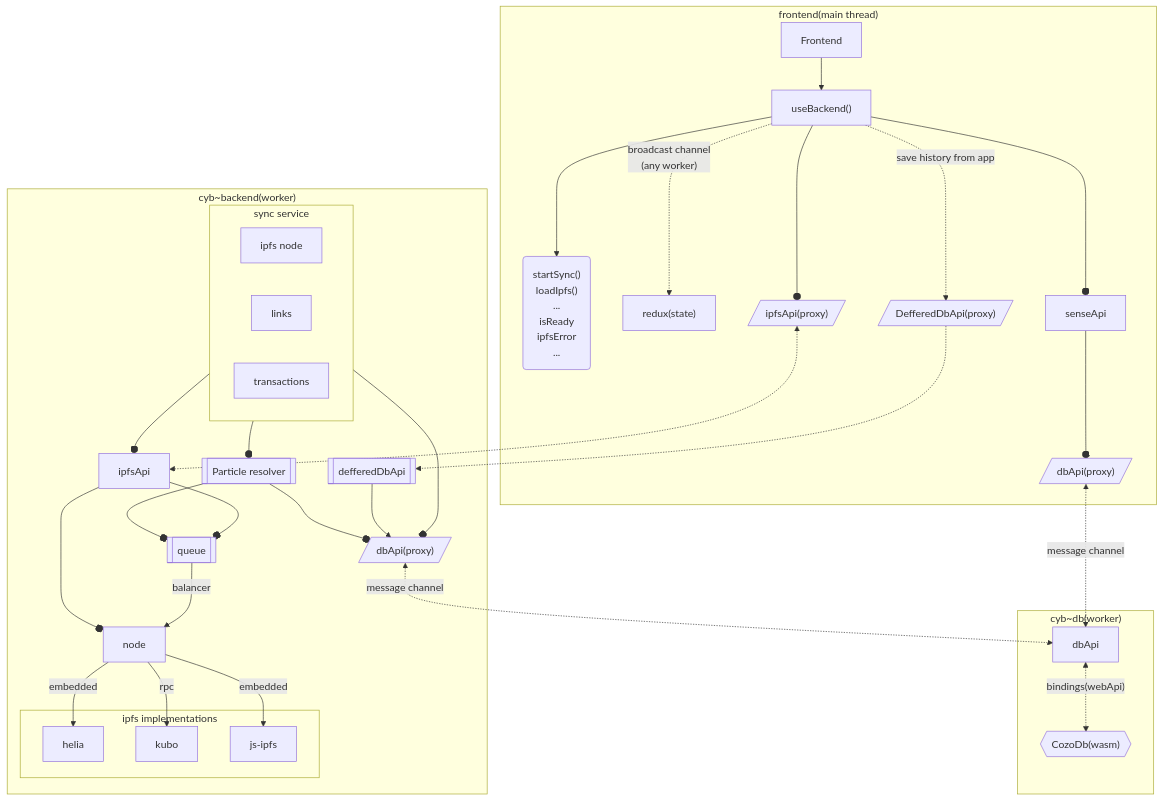
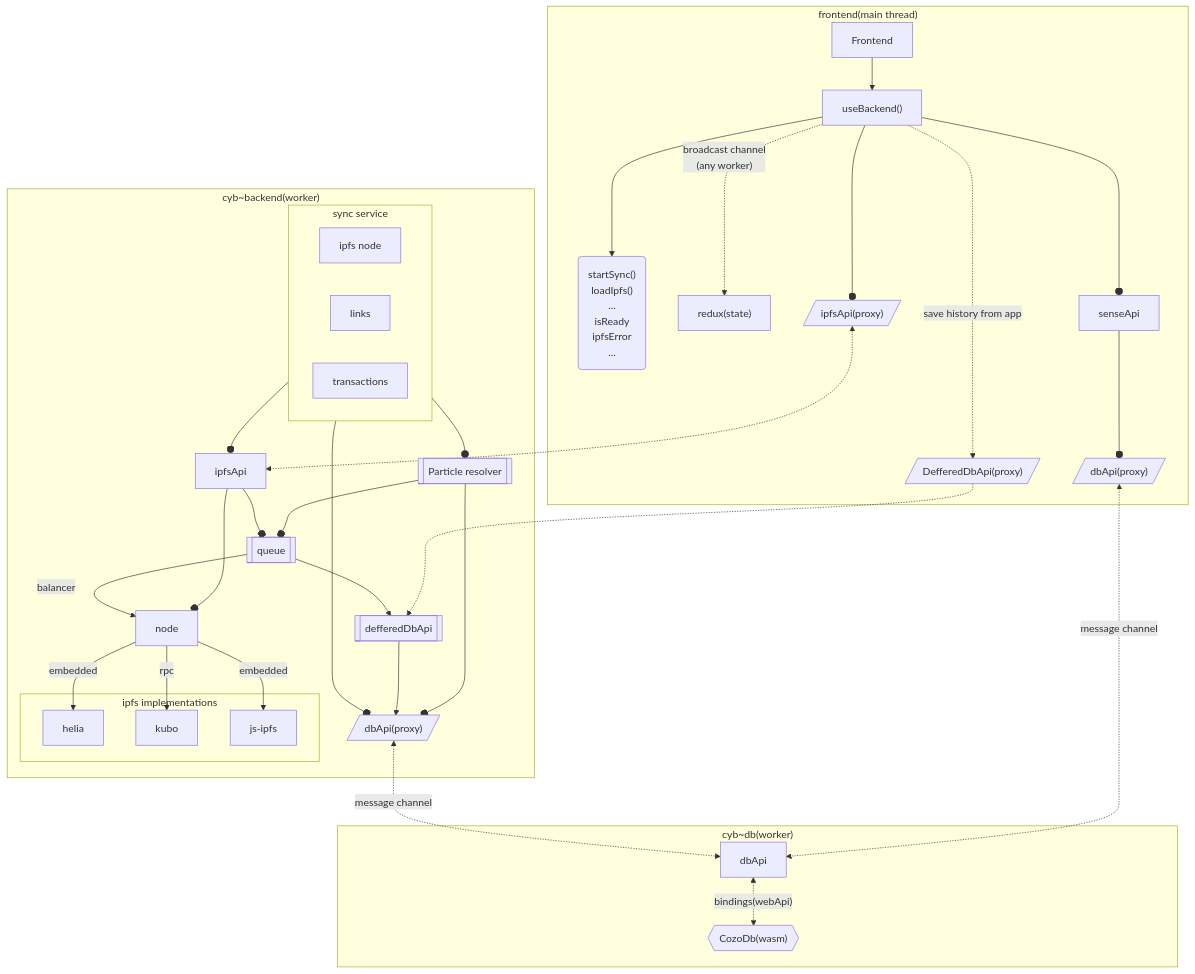
One commit to cybercongress/cyb-ts changed the diagram in docs/backend.md. Above: the diagram before and after it, drawn with Mermaid. The commit also changed 16 other files, not shown here.

````diff
--- a/docs/backend.md
+++ b/docs/backend.md
@@ -3,49 +3,49 @@
 ```mermaid
 graph TD;
 
     subgraph frontend["frontend(main thread)"]
         App["Frontend"]-->Hook["useBackend()"];
         Hook-->methods("startSync()\nloadIpfs()\n...\nisReady\nipfsError\n...");
         Hook-.broadcast channel\n(any worker).->reducer["redux(state)"]
         Hook-.save history from app.->defferedDbApiFront[/"DefferedDbApi(proxy)"/]
         Hook--osenseApi["senseApi"];
         Hook--oipfsApiFront[/"ipfsApi(proxy)"/];
         senseApi--odbApi[/"dbApi(proxy)"/];
     end
 
     dbApi<-.message channel.->dbWorker["dbApi"];
     subgraph dbWorkerGraph["cyb~db(worker)"]
         dbWorker<-.bindings(webApi).->cozodb{{"CozoDb(wasm)"}}
     end
 
     defferedDbApiFront-.->defferedDbApi;
     ipfsApiFront<-.->ipfsApi;
     subgraph backgroundWorker["cyb~backend(worker)"]
         subgraph sync["sync service"]
             ipfsNode["ipfs node"];
             links;
             transactions;
         end
         sync--oparticleResolver[["Particle resolver"]]
         particleResolver--oqueue;
         particleResolver--odbProxyWorker;
         sync--oipfsApi;
         sync--odbProxyWorker[/"dbApi(proxy)"/];
         defferedDbApi[["defferedDbApi"]]-->dbProxyWorker;
-
+        queue-->defferedDbApi;
         ipfsApi--oqueue[["queue"]];
         ipfsApi--onode["node"];
         queue--balancer-->node;
         node--embedded-->helia;
         node--rpc-->kubo;
         node--embedded-->js-ipfs;
         subgraph ipfs["ipfs implementations"]
             helia;
             kubo;
             js-ipfs;
         end
 
         dbProxyWorker<-.message channel.->dbWorker
     end
 
 ```
````
